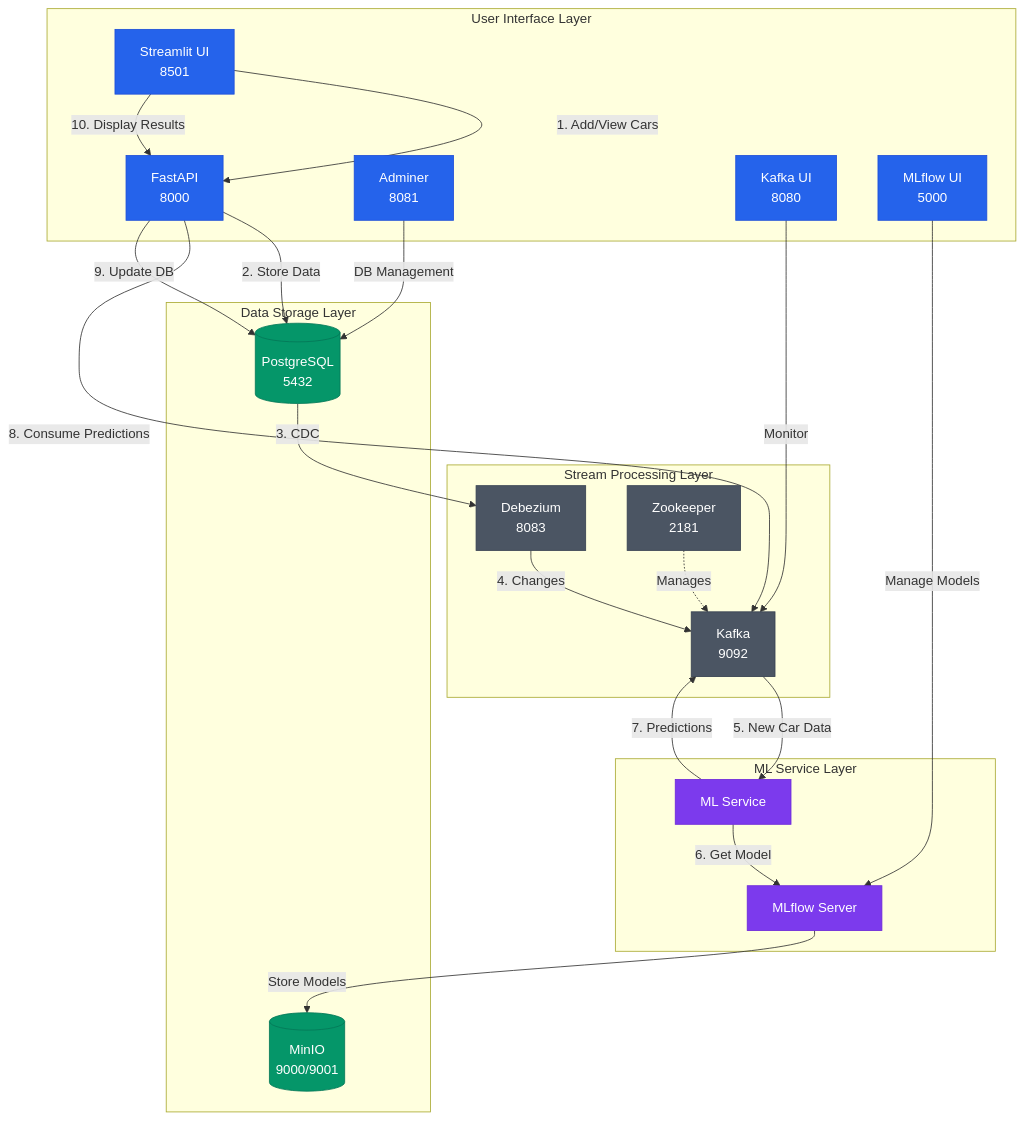
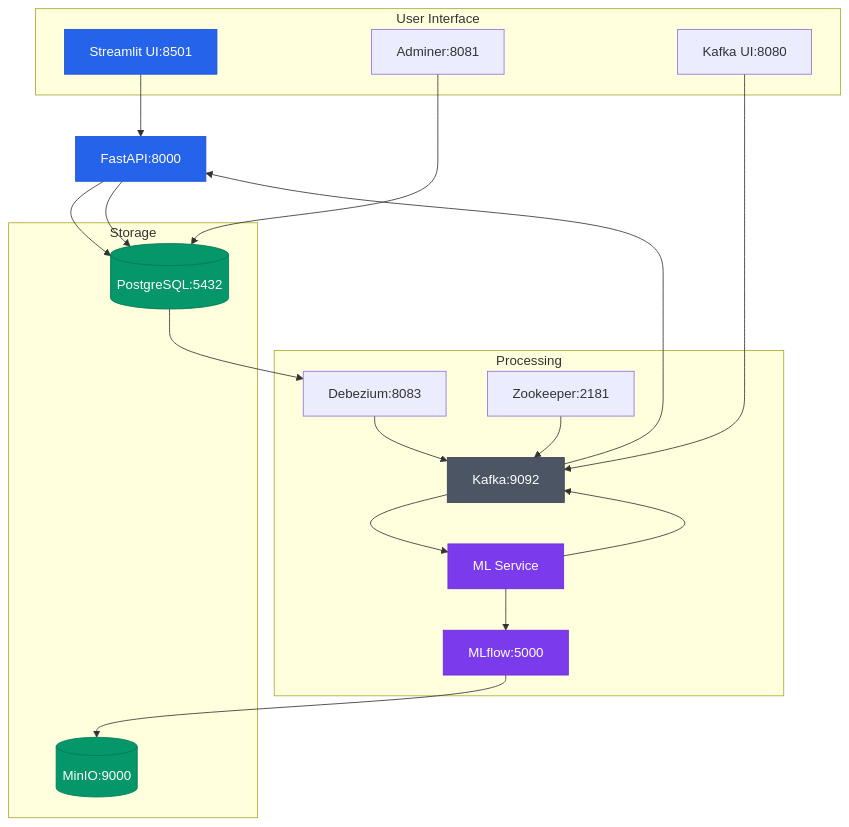
The diagram in README.md (GuillenConcepcion/car-price-predictor), drawn with Mermaid before and after one commit.

````diff
--- a/README.md
+++ b/README.md
@@ -12,62 +12,45 @@
 ```mermaid
- flowchart TB
-    subgraph User["User Interface Layer"]
-        ST[Streamlit UI\n8501]
-        API[FastAPI\n8000]
-        ADM[Adminer\n8081]
-        KUI[Kafka UI\n8080]
-        MLF[MLflow UI\n5000]
+ graph TB
+    UI[Streamlit UI:8501] --> API[FastAPI:8000]
+    API --> DB[(PostgreSQL:5432)]
+    DB --> DEB[Debezium:8083]
+    DEB --> KAFKA[Kafka:9092]
+    KAFKA --> ML[ML Service]
+    ML --> MLFLOW[MLflow:5000]
+    MLFLOW --> MINIO[(MinIO:9000)]
+    ML --> KAFKA
+    KAFKA --> API
+    API --> DB
+
+    ADMIN[Adminer:8081] --> DB
+    KAFKAUI[Kafka UI:8080] --> KAFKA
+    ZK[Zookeeper:2181] --> KAFKA
+    
+    subgraph "User Interface"
+        UI
+        ADMIN
+        KAFKAUI
     end
 
-    subgraph Data["Data Storage Layer"]
-        PG[(PostgreSQL\n5432)]
-        MIN[(MinIO\n9000/9001)]
+    subgraph "Storage"
+        DB
+        MINIO
     end
 
-    subgraph Stream["Stream Processing Layer"]
-        KAF[Kafka\n9092]
-        DEB[Debezium\n8083]
-        ZK[Zookeeper\n2181]
+    subgraph "Processing"
+        KAFKA
+        DEB
+        ML
+        MLFLOW
+        ZK
     end
 
-    subgraph ML["ML Service Layer"]
-        MLS[ML Service]
-        MLM[MLflow Server]
-    end
-
-    %% User Interactions
-    ST -->|1. Add/View Cars| API
-    API -->|2. Store Data| PG
-    ADM -->|"DB Management"| PG
-
-    %% Data Pipeline
-    PG -->|3. CDC| DEB
-    DEB -->|4. Changes| KAF
-    ZK -.->|"Manages"| KAF
-    KUI -->|"Monitor"| KAF
-
-    %% ML Pipeline
-    KAF -->|5. New Car Data| MLS
-    MLS -->|6. Get Model| MLM
-    MLM -->|"Store Models"| MIN
-    MLS -->|7. Predictions| KAF
-
-    %% Update Pipeline
-    API -->|8. Consume Predictions| KAF
-    API -->|9. Update DB| PG
-    ST -->|10. Display Results| API
-
-    %% ML Management
-    MLF -->|"Manage Models"| MLM
-
-    classDef primary fill:#2563eb,stroke:#1d4ed8,color:#ffffff
-    classDef secondary fill:#4b5563,stroke:#374151,color:#ffffff
-    classDef storage fill:#059669,stroke:#047857,color:#ffffff
-    classDef service fill:#7c3aed,stroke:#6d28d9,color:#ffffff
-
-    class ST,API,ADM,KUI,MLF primary
-    class KAF,DEB,ZK secondary
-    class PG,MIN storage
-    class MLS,MLM service
+    style UI fill:#2563eb,stroke:#1d4ed8,color:#fff
+    style API fill:#2563eb,stroke:#1d4ed8,color:#fff
+    style DB fill:#059669,stroke:#047857,color:#fff
+    style MINIO fill:#059669,stroke:#047857,color:#fff
+    style KAFKA fill:#4b5563,stroke:#374151,color:#fff
+    style ML fill:#7c3aed,stroke:#6d28d9,color:#fff
+    style MLFLOW fill:#7c3aed,stroke:#6d28d9,color:#fff
 
 ```
````
